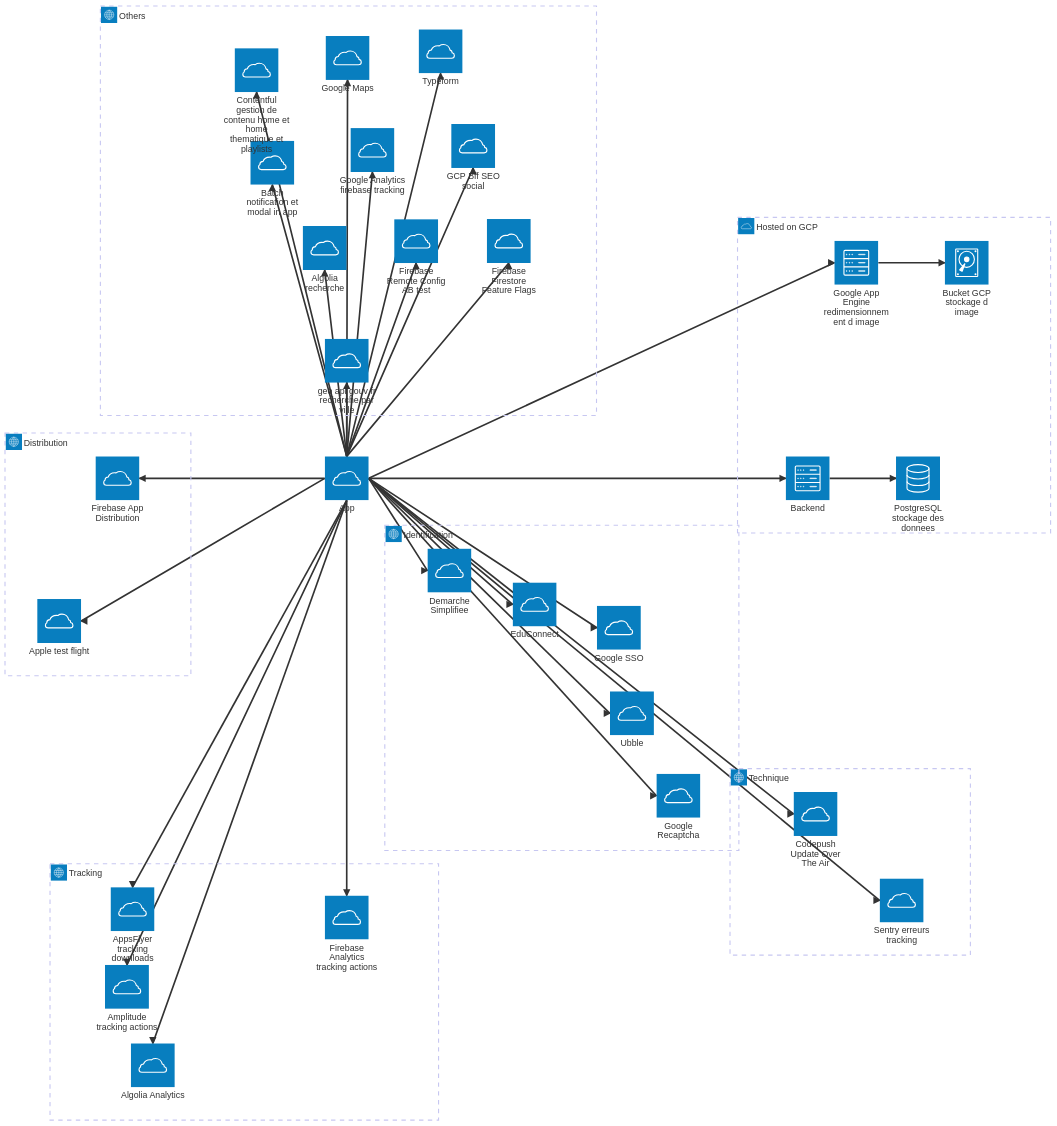
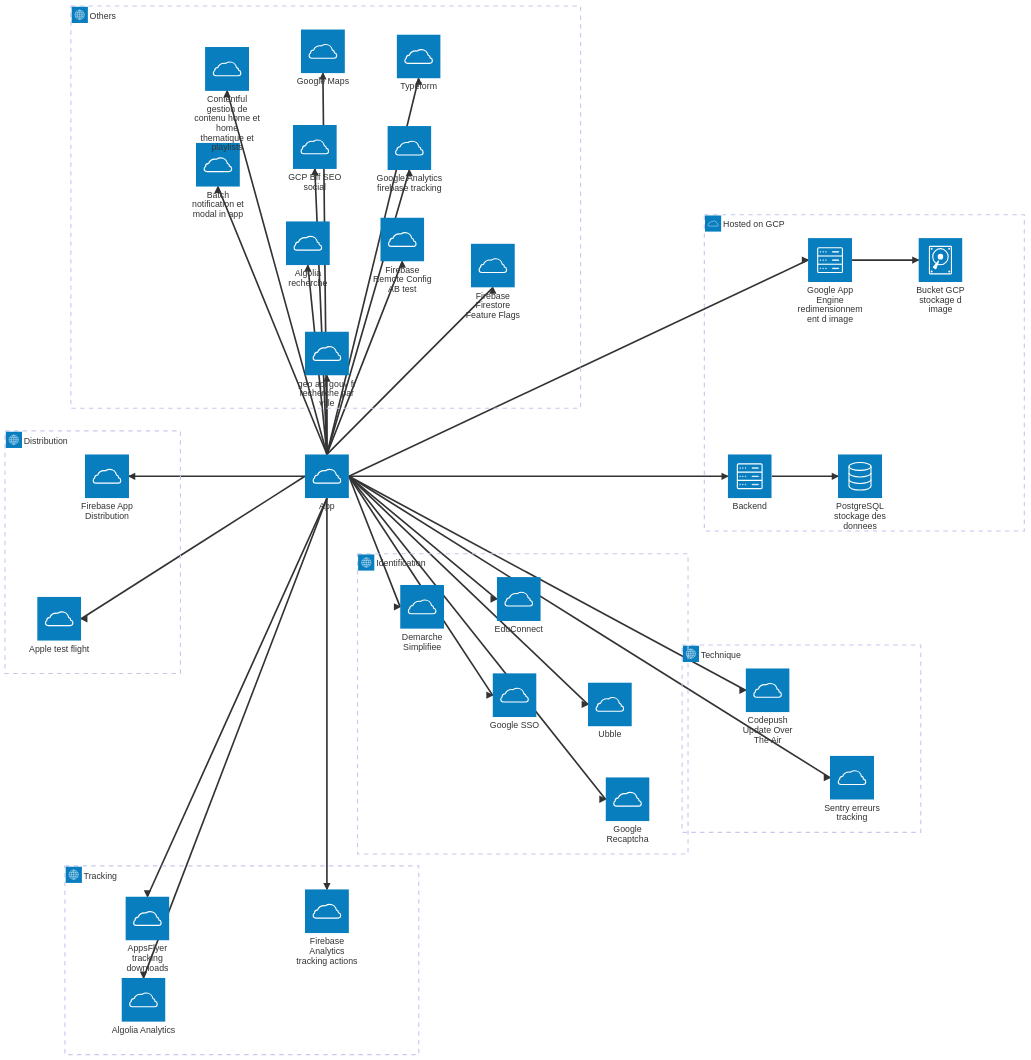
Before and after one commit to pass-culture/pass-culture-app-native: the second of 2 diagrams in doc/architecture/input-output-externe.md, drawn with Mermaid. The commit also changed other lines of this file, not shown here.

````diff
--- a/doc/architecture/input-output-externe.md
+++ b/doc/architecture/input-output-externe.md
@@ -49,78 +48,76 @@
 ```mermaid
 architecture-beta
   group technique(internet)[Technique]
   group distribution(internet)[Distribution]
   group identification(internet)[Identification]
   group tracking(internet)[Tracking]
   group hosted_on_GCP(cloud)[Hosted on GCP]
   group others(internet)[Others]
 
   service App(cloud)[App]
 
   service Google_Recaptcha(cloud)[Google Recaptcha] in identification
   service Ubble(cloud)[Ubble] in identification
   service Google(cloud)[Google SSO] in identification
-  service Educonnect(cloud)[EduConnect] in identification %% ?
-  service DMS(cloud)[Demarche Simplifiee] in identification %% ?
+  service Educonnect(cloud)[EduConnect] in identification
+  service DMS(cloud)[Demarche Simplifiee] in identification
 
   App:R --> L:Google_Recaptcha
   App:R --> L:Ubble
   App:R --> L:Google
   App:R --> L:Educonnect
   App:R --> L:DMS
 
   service Algolia_Analytics(cloud)[Algolia Analytics] in tracking
-  service Amplitude(cloud)[Amplitude tracking actions] in tracking
   service AppsFlyer(cloud)[AppsFlyer tracking downloads] in tracking
   service Firebase_Analytics(cloud)[Firebase Analytics tracking actions] in tracking
 
   App:B --> T:Algolia_Analytics
-  App:B --> T:Amplitude
   App:B --> T:AppsFlyer
   App:B --> T:Firebase_Analytics
 
   service Sentry(cloud)[Sentry erreurs tracking] in technique
   service Codepush(cloud)[Codepush Update Over The Air] in technique
 
   App:R --> L:Sentry
   App:R --> L:Codepush
 
   service Apple_TestFlight(cloud)[Apple test flight] in distribution
   service Firebase_App_Distribution(cloud)[Firebase App Distribution] in distribution
 
   App:L --> R:Apple_TestFlight
   App:L --> R:Firebase_App_Distribution
 
   service Firebase_Firestore(cloud)[Firebase Firestore Feature Flags] in others
   service Firebase_Remote_Config(cloud)[Firebase Remote Config AB test] in others
   service Google_Analytics(cloud)[Google Analytics firebase tracking] in others
   service GCP(cloud)[GCP Bff SEO social] in others %% ?
   service Algolia(cloud)[Algolia recherche] in others
-  service typeform(cloud)[Typeform] in others %% ?
+  service typeform(cloud)[Typeform] in others
   service batch(cloud)[Batch notification et modal in app] in others
   service Google_Maps(cloud)[Google Maps] in others
   service Contentful(cloud)[Contentful gestion de contenu home et home thematique et playlists] in others
   service geo_api_gouv(cloud)[geo api gouv fr recherche par ville] in others
 
   App:T --> B:Firebase_Firestore
   App:T --> B:Firebase_Remote_Config
   App:T --> B:Google_Analytics
   App:T --> B:GCP
   App:T --> B:Algolia
   App:T --> B:typeform
   App:T --> B:batch
   App:T --> B:Google_Maps
   App:T --> B:Contentful
   App:T --> B:geo_api_gouv
 
   service image_resize(server)[Google App Engine redimensionnement d image] in hosted_on_GCP
   service bucket_image(disk)[Bucket GCP stockage d image] in hosted_on_GCP
   App:R --> L:image_resize
   image_resize:R --> L:bucket_image
 
   service backend(server)[Backend] in hosted_on_GCP
   service Postgresql(database)[PostgreSQL stockage des donnees] in hosted_on_GCP
 
   App:R --> L:backend
   backend:R --> L:Postgresql
 ```
````
